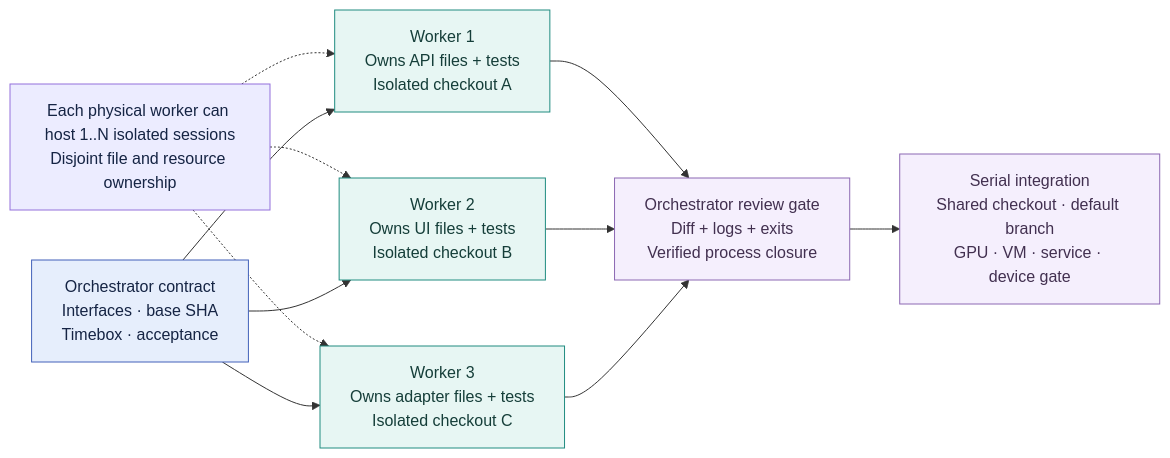
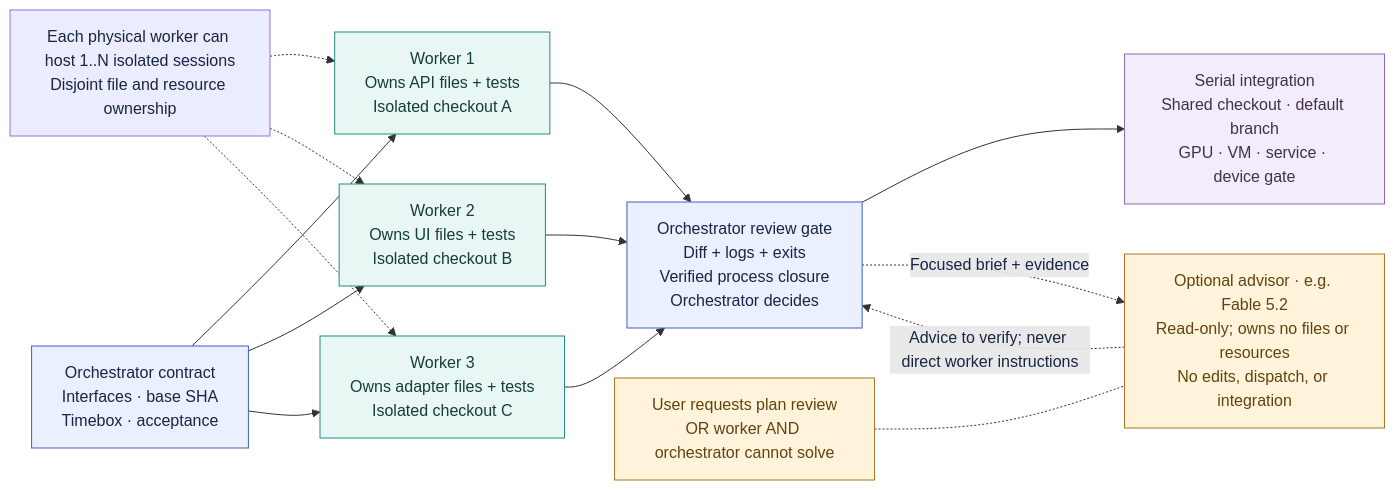
One commit to djeZo888/CodexTandem changed the diagram in docs/diagrams/ownership.mmd. Above: the diagram before and after it, drawn with Mermaid. The commit also changed 18 other files, not shown here.

First line of the commit message:
Add optional Fable advisor with selective escalation (#2)

```diff
--- a/docs/diagrams/ownership.mmd
+++ b/docs/diagrams/ownership.mmd
@@ -1,24 +1,31 @@
 flowchart LR
   N[Each physical worker can host 1..N isolated sessions<br/>Disjoint file and resource ownership]
   C[Orchestrator contract<br/>Interfaces · base SHA<br/>Timebox · acceptance]
   A[Worker 1<br/>Owns API files + tests<br/>Isolated checkout A]
   B[Worker 2<br/>Owns UI files + tests<br/>Isolated checkout B]
   D[Worker 3<br/>Owns adapter files + tests<br/>Isolated checkout C]
-  R[Orchestrator review gate<br/>Diff + logs + exits<br/>Verified process closure]
+  R[Orchestrator review gate<br/>Diff + logs + exits<br/>Verified process closure<br/>Orchestrator decides]
   I[Serial integration<br/>Shared checkout · default branch<br/>GPU · VM · service · device gate]
+  E[Optional advisor · e.g. Fable 5.2<br/>Read-only; owns no files or resources<br/>No edits, dispatch, or integration]
+  T[User requests plan review<br/>OR worker AND orchestrator cannot solve]
   N -.-> A
   N -.-> B
   N -.-> D
   C --> A
   C --> B
   C --> D
   A --> R
   B --> R
   D --> R
   R --> I
-  classDef root fill:#e6eefc,stroke:#4261b9,color:#152444
-  classDef worker fill:#e7f6f3,stroke:#208c80,color:#153e39
-  classDef gate fill:#f5effd,stroke:#8c68b3,color:#423050
-  class C root
+  R -.->|Focused brief + evidence| E
+  E -.->|Advice to verify; never direct worker instructions| R
+  T -.- E
+  classDef root fill:#eaf0ff,stroke:#4261b9,color:#172644
+  classDef worker fill:#e9f7f4,stroke:#208c80,color:#153e39
+  classDef gate fill:#f3edfb,stroke:#8c68b3,color:#423050
+  classDef advisor fill:#fff3db,stroke:#ad7420,color:#63430f
+  class C,R root
   class A,B,D worker
-  class R,I gate
+  class I gate
+  class E,T advisor
```
